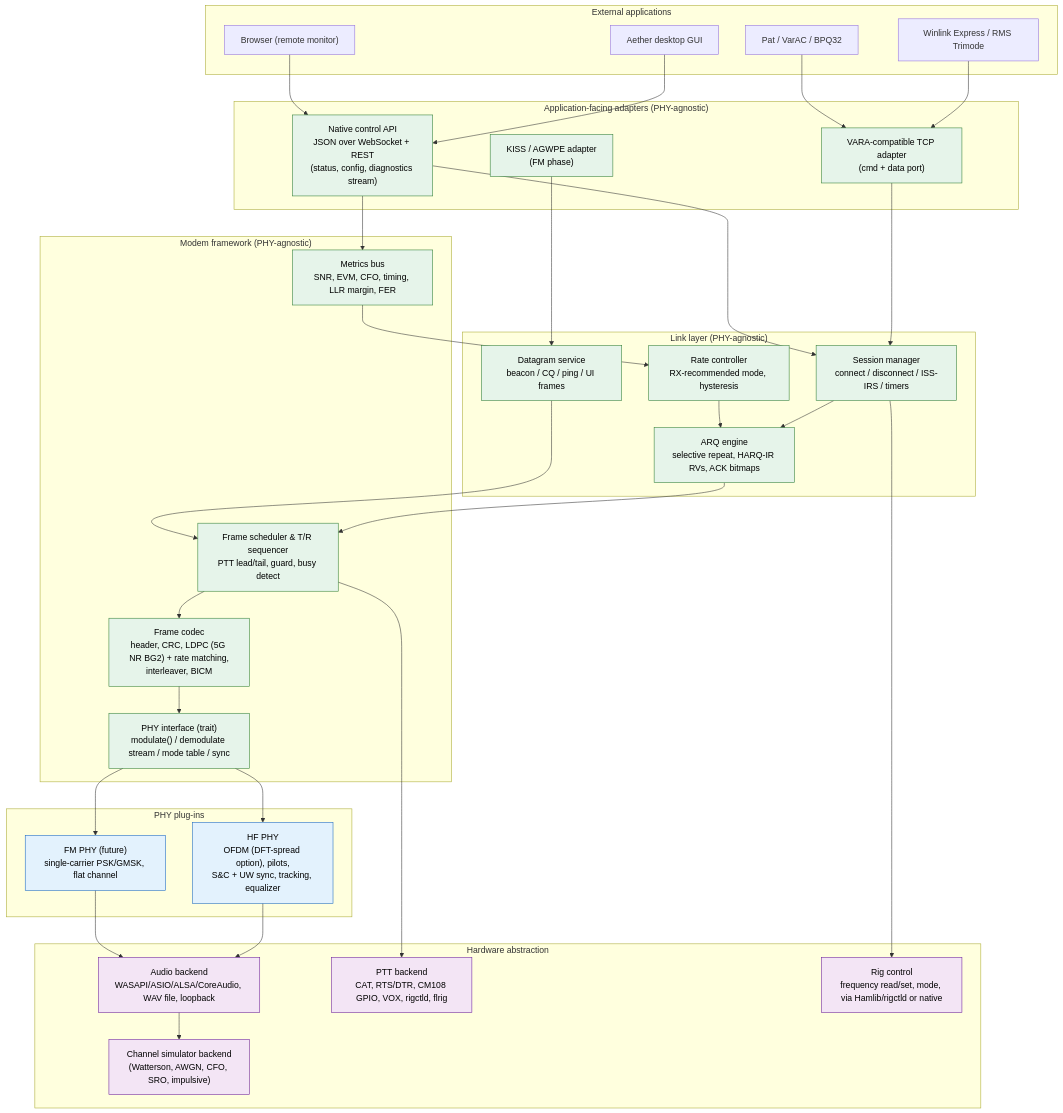
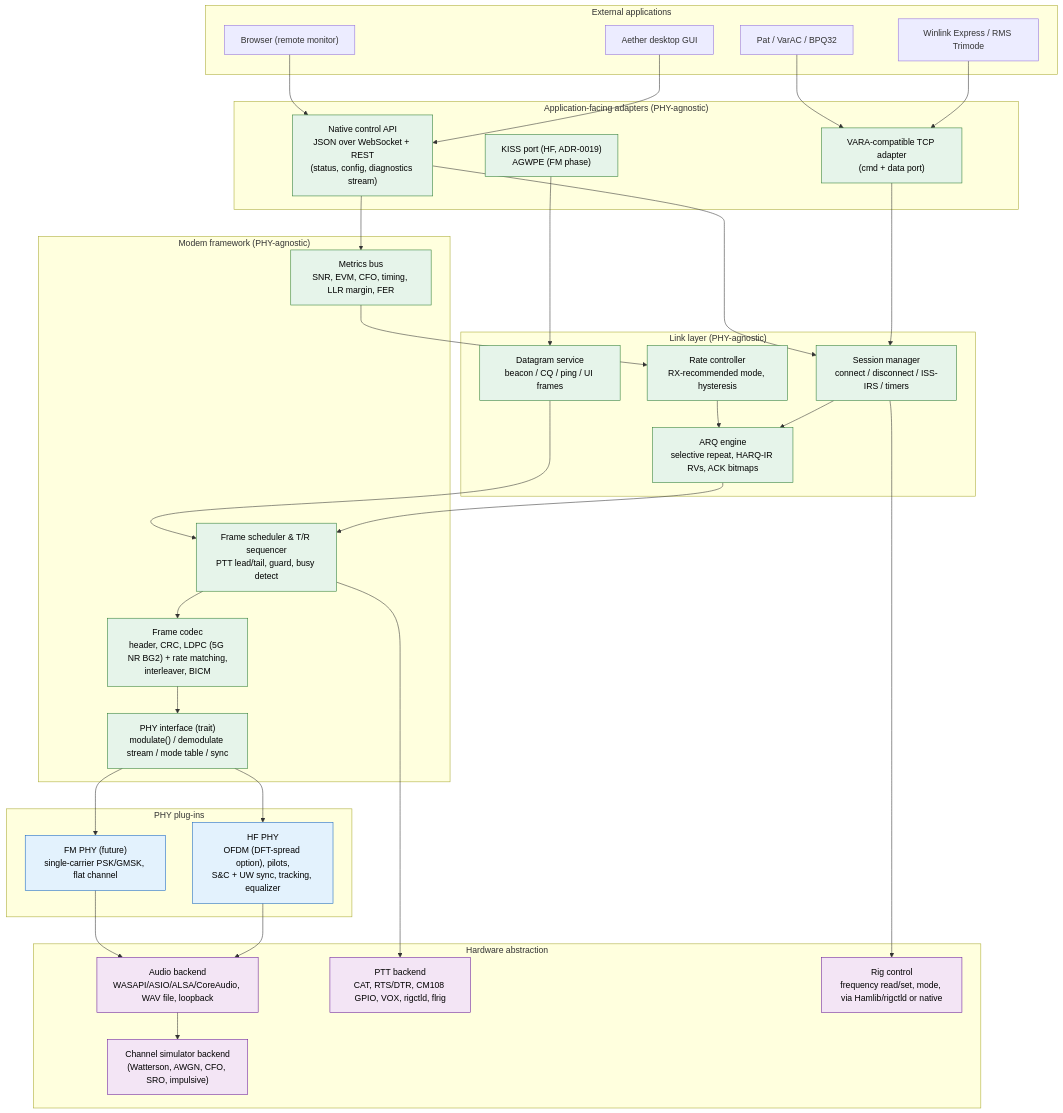
One commit to KK4ODA/aether-hf changed the second of 2 diagrams in docs/ROADMAP.md. Above: the diagram before and after it, drawn with Mermaid. The commit also changed other lines of this file and 24 other files, not shown here.

````diff
--- a/docs/ROADMAP.md
+++ b/docs/ROADMAP.md
@@ -113,66 +116,66 @@
 ```mermaid
 flowchart TB
   classDef reuse fill:#e6f4ea,stroke:#2e7d32,color:#000
   classDef phy fill:#e3f2fd,stroke:#1565c0,color:#000
   classDef hw fill:#f3e5f5,stroke:#6a1b9a,color:#000
 
   subgraph APPS["External applications"]
     WE["Winlink Express / RMS Trimode"]
     PAT["Pat / VarAC / BPQ32"]
     WEB["Browser (remote monitor)"]
     GUI["Aether desktop GUI"]
   end
 
   subgraph API["Application-facing adapters (PHY-agnostic)"]
     VADP["VARA-compatible TCP adapter<br/>(cmd + data port)"]:::reuse
-    KISS["KISS / AGWPE adapter<br/>(FM phase)"]:::reuse
+    KISS["KISS port (HF, ADR-0019)<br/>AGWPE (FM phase)"]:::reuse
     CTRL["Native control API<br/>JSON over WebSocket + REST<br/>(status, config, diagnostics stream)"]:::reuse
   end
 
   subgraph LINK["Link layer (PHY-agnostic)"]
     SESSION["Session manager<br/>connect / disconnect / ISS-IRS / timers"]:::reuse
     ARQ["ARQ engine<br/>selective repeat, HARQ-IR RVs, ACK bitmaps"]:::reuse
     RATE["Rate controller<br/>RX-recommended mode, hysteresis"]:::reuse
     DGRAM["Datagram service<br/>beacon / CQ / ping / UI frames"]:::reuse
   end
 
   subgraph MODEM["Modem framework (PHY-agnostic)"]
     SCHED["Frame scheduler & T/R sequencer<br/>PTT lead/tail, guard, busy detect"]:::reuse
     CODEC["Frame codec<br/>header, CRC, LDPC (5G NR BG2) + rate matching,<br/>interleaver, BICM"]:::reuse
     METRICS["Metrics bus<br/>SNR, EVM, CFO, timing, LLR margin, FER"]:::reuse
     PHYIF["PHY interface (trait)<br/>modulate() / demodulate stream / mode table / sync"]:::reuse
   end
 
   subgraph PHYS["PHY plug-ins"]
     HF["HF PHY<br/>OFDM (DFT-spread option), pilots,<br/>S&C + UW sync, tracking, equalizer"]:::phy
     FM["FM PHY (future)<br/>single-carrier PSK/GMSK, flat channel"]:::phy
   end
 
   subgraph HAL["Hardware abstraction"]
     AUDIO["Audio backend<br/>WASAPI/ASIO/ALSA/CoreAudio, WAV file, loopback"]:::hw
     PTTB["PTT backend<br/>CAT, RTS/DTR, CM108 GPIO, VOX, rigctld, flrig"]:::hw
     CAT["Rig control<br/>frequency read/set, mode, via Hamlib/rigctld or native"]:::hw
     SIM["Channel simulator backend<br/>(Watterson, AWGN, CFO, SRO, impulsive)"]:::hw
   end
 
   WE --> VADP
   PAT --> VADP
   GUI --> CTRL
   WEB --> CTRL
   VADP --> SESSION
   KISS --> DGRAM
   CTRL --> SESSION
   CTRL --> METRICS
   SESSION --> ARQ --> SCHED
   RATE --> ARQ
   DGRAM --> SCHED
   SCHED --> CODEC --> PHYIF
   METRICS --> RATE
   PHYIF --> HF
   PHYIF --> FM
   HF --> AUDIO
   FM --> AUDIO
   SCHED --> PTTB
   SESSION --> CAT
   AUDIO --> SIM
 ```
````
